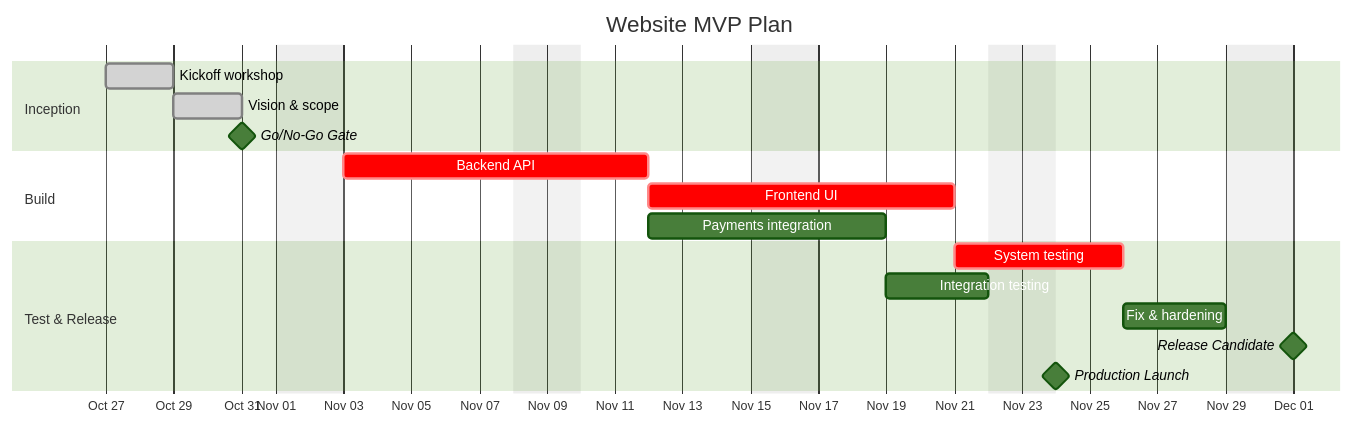
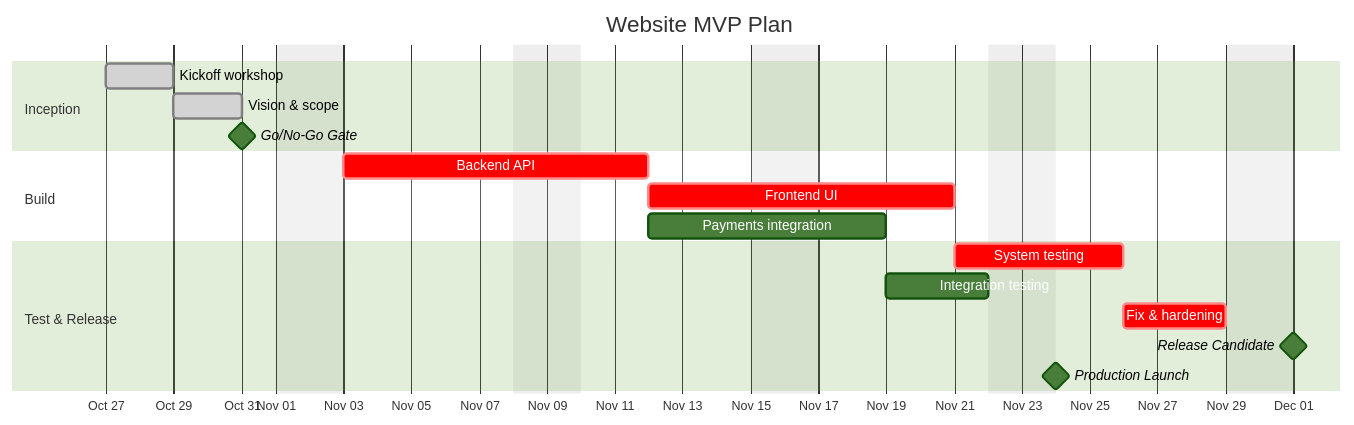
One commit to msdbok/msdbok.github.io changed the first of 3 diagrams in content/plan/activities.md. Above: the diagram before and after it, drawn with Mermaid (forest theme). The commit also changed 4 other files, not shown here.

````diff
--- a/content/plan/activities.md
+++ b/content/plan/activities.md
@@ -123,25 +123,25 @@
 ```mermaid
 
 gantt
     title Website MVP Plan
     dateFormat  YYYY-MM-DD
     axisFormat  %b %d
     excludes    weekends
 
     section Inception
     Kickoff workshop       :done, a1, 2025-10-27, 2d
     Vision & scope         :done,a2, after a1, 2d
     Go/No-Go Gate          :milestone, m1, after a2, 0d
 
     section Build
     Backend API    :crit, b1, 2025-11-03, 7d
     Frontend UI     :crit, b2, after b1, 7d
     Payments integration   :b3, after b1, 5d
 
     section Test & Release
     System testing  :crit, c1, after b2, 3d
     Integration testing    :c2, after b3, 3d
-    Fix & hardening        :c3, after c1, 3d
+    Fix & hardening        :crit, c3, after c1, 3d
     Release Candidate      :milestone, m2, after c3, 0d
     Production Launch      :milestone, m3, after c2, 0d
 ```
````
